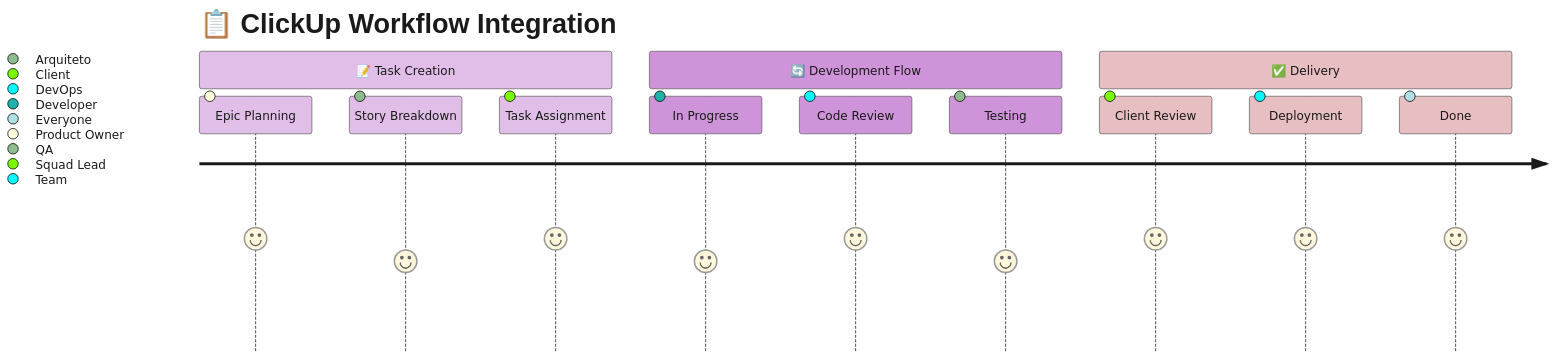
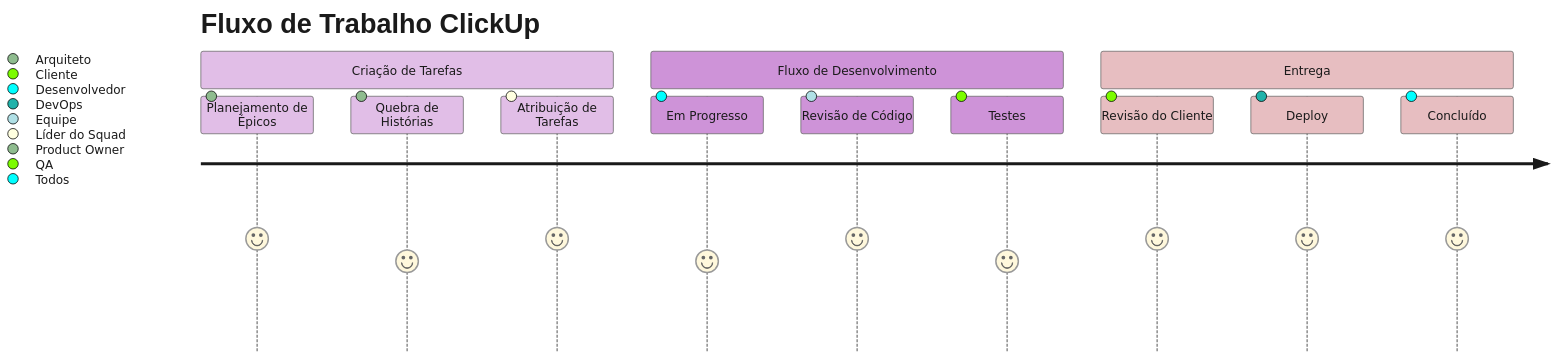
One commit to solanisdev/solar changed diagram 20 of 20 in README.md. Above: the diagram before and after it, drawn with Mermaid. The commit also changed other lines of this file, not shown here.

````diff
--- a/README.md
+++ b/README.md
@@ -730,17 +852,17 @@
 ```mermaid
 %%{init: {'theme':'base', 'themeVariables': {'primaryColor':'#E1BEE7','primaryTextColor':'#1a1a1a','primaryBorderColor':'#9C27B0','lineColor':'#7B1FA2','secondaryColor':'#CE93D8','tertiaryColor':'#F3E5F5'}}}%%
 journey
-    title 📋 ClickUp Workflow Integration
-    section 📝 Task Creation
-      Epic Planning: 5: Product Owner
-      Story Breakdown: 4: Arquiteto
-      Task Assignment: 5: Squad Lead
-    section 🔄 Development Flow
-      In Progress: 4: Developer
-      Code Review: 5: Team
-      Testing: 4: QA
-    section ✅ Delivery
-      Client Review: 5: Client
-      Deployment: 5: DevOps
-      Done: 5: Everyone
+    title Fluxo de Trabalho ClickUp
+    section Criação de Tarefas
+      Planejamento de Épicos: 5: Product Owner
+      Quebra de Histórias: 4: Arquiteto
+      Atribuição de Tarefas: 5: Líder do Squad
+    section Fluxo de Desenvolvimento
+      Em Progresso: 4: Desenvolvedor
+      Revisão de Código: 5: Equipe
+      Testes: 4: QA
+    section Entrega
+      Revisão do Cliente: 5: Cliente
+      Deploy: 5: DevOps
+      Concluído: 5: Todos
 ```
````
